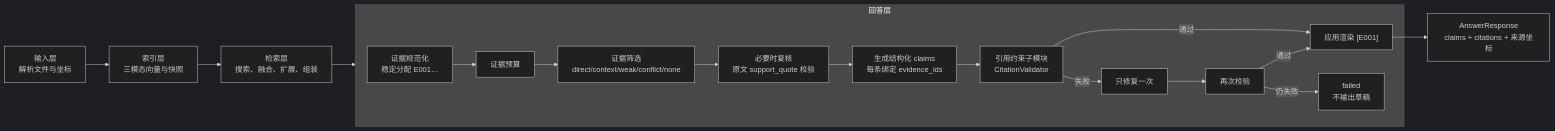
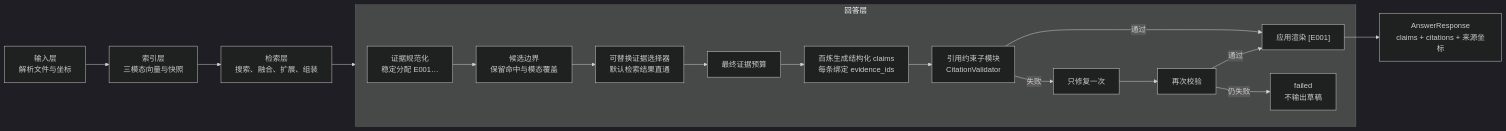
The first of 2 diagrams in 引用层测试结果/引用层方法与测试总览_20260831.md (xyf966/RAG-PIXEL), drawn with Mermaid (dark theme) before and after one commit. The commit also changed other lines of this file and 12 other files, not shown here.

````diff
--- a/引用层测试结果/引用层方法与测试总览_20260831.md
+++ b/引用层测试结果/引用层方法与测试总览_20260831.md
@@ -26,21 +26,21 @@
 ```mermaid
 flowchart LR
     INPUT["输入层<br/>解析文件与坐标"] --> INDEX["索引层<br/>三模态向量与快照"]
     INDEX --> RETRIEVAL["检索层<br/>搜索、融合、扩展、组装"]
     RETRIEVAL --> ANSWER["回答层"]
 
     subgraph ANSWER["回答层"]
-        NORMALIZE["证据规范化<br/>稳定分配 E001…"] --> BUDGET["证据预算"]
-        BUDGET --> SELECT["证据筛选<br/>direct/context/weak/conflict/none"]
-        SELECT --> SUPPORT["必要时复核<br/>原文 support_quote 校验"]
-        SUPPORT --> GENERATE["生成结构化 claims<br/>每条绑定 evidence_ids"]
+        NORMALIZE["证据规范化<br/>稳定分配 E001…"] --> CANDIDATES["候选边界<br/>保留命中与模态覆盖"]
+        CANDIDATES --> SELECT["可替换证据选择器<br/>默认检索结果直通"]
+        SELECT --> BUDGET["最终证据预算"]
+        BUDGET --> GENERATE["百炼生成结构化 claims<br/>每条绑定 evidence_ids"]
         GENERATE --> CITATION["引用约束子模块<br/>CitationValidator"]
         CITATION -->|通过| RENDER["应用渲染 [E001]"]
         CITATION -->|失败| REPAIR["只修复一次"]
         REPAIR --> CITATION2["再次校验"]
         CITATION2 -->|通过| RENDER
         CITATION2 -->|仍失败| FAIL["failed<br/>不输出草稿"]
     end
 
     RENDER --> RESPONSE["AnswerResponse<br/>claims + citations + 来源坐标"]
 ```
````
